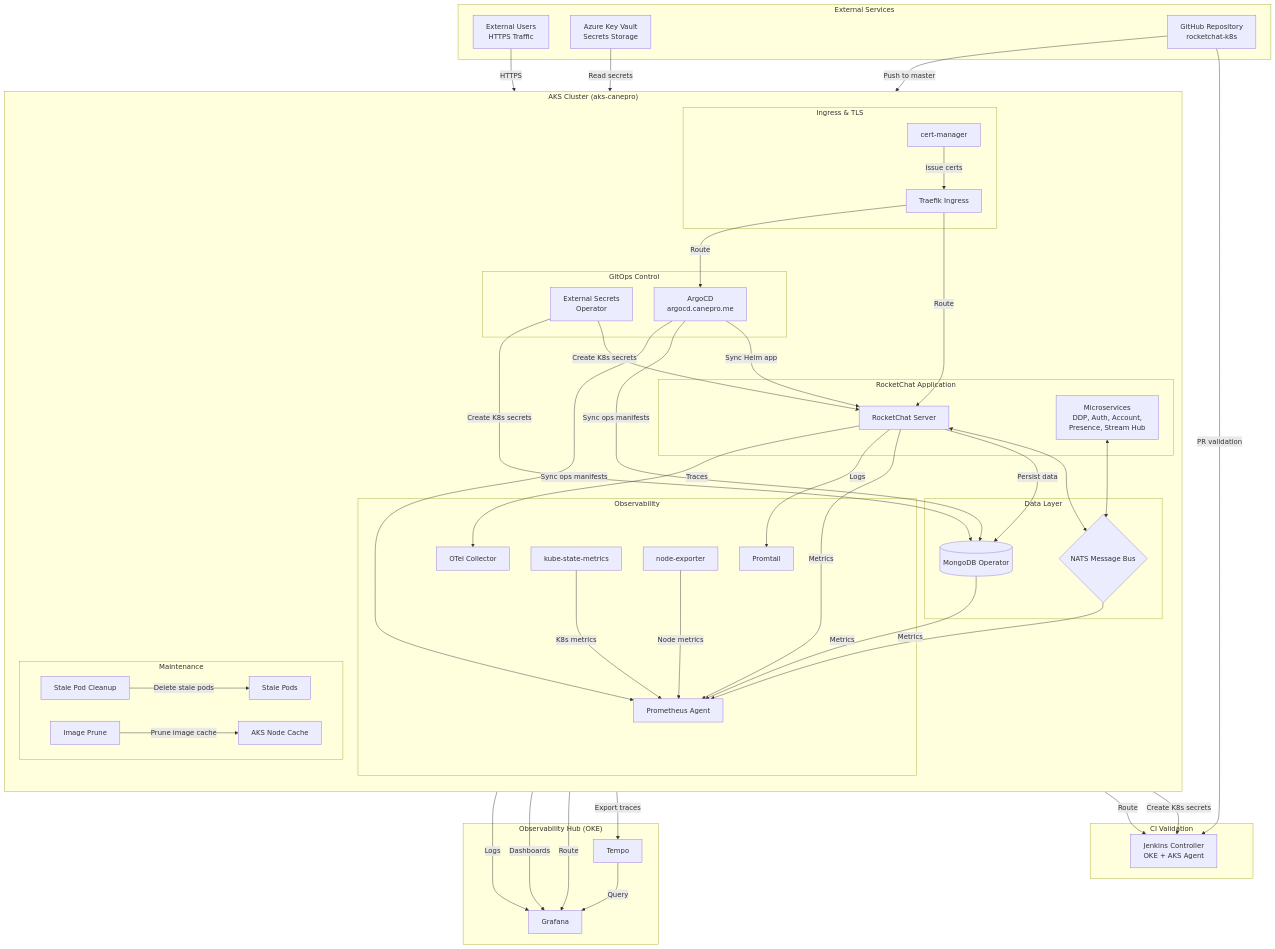
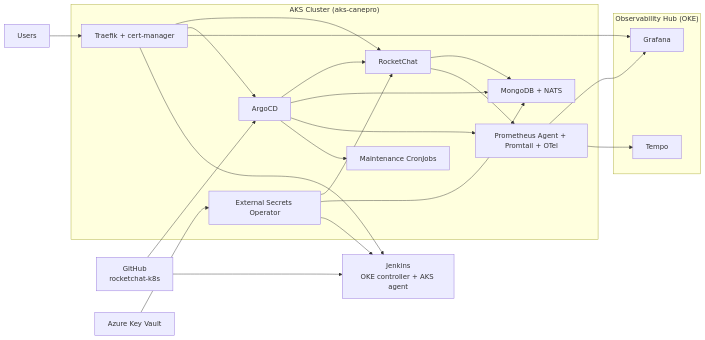
The first of 3 diagrams in README.md (Canepro/rocketchat-k8s), drawn with Mermaid before and after one commit. The commit also changed 1 other file, not shown here.

Commit message:
Fix README architecture diagram rendering

````diff
--- a/README.md
+++ b/README.md
@@ -31,94 +31,42 @@
 ```mermaid
-flowchart TB
-  subgraph External["External Services"]
-    GitHub[GitHub Repository\nrocketchat-k8s]
-    AzureKV[Azure Key Vault\nSecrets Storage]
-    Users[External Users\nHTTPS Traffic]
+flowchart LR
+  GitHub[GitHub<br/>rocketchat-k8s]
+  AzureKV[Azure Key Vault]
+  Users[Users]
+  Jenkins[Jenkins<br/>OKE controller + AKS agent]
+
+  subgraph AKS["AKS Cluster (aks-canepro)"]
+    ArgoCD[ArgoCD]
+    ESO[External Secrets Operator]
+    Edge[Traefik + cert-manager]
+    RC[RocketChat]
+    Data[MongoDB + NATS]
+    Obs[Prometheus Agent + Promtail + OTel]
+    Maint[Maintenance CronJobs]
   end
 
-  subgraph CI["CI Validation"]
-    Jenkins[Jenkins Controller\nOKE + AKS Agent]
-  end
-
-  subgraph AKS["AKS Cluster (aks-canepro)"]
-    direction TB
-
-    subgraph GitOps["GitOps Control"]
-      ArgoCD[ArgoCD\nargocd.canepro.me]
-      ESO[External Secrets\nOperator]
-    end
-
-    subgraph Edge["Ingress & TLS"]
-      Traefik[Traefik Ingress]
-      CertMgr[cert-manager]
-    end
-
-    subgraph App["RocketChat Application"]
-      RC[RocketChat Server]
-      RCMicro[Microservices\nDDP, Auth, Account,\nPresence, Stream Hub]
-    end
-
-    subgraph Data["Data Layer"]
-      MDB[(MongoDB Operator)]
-      NATS{NATS Message Bus}
-    end
-
-    subgraph Obs["Observability"]
-      Prometheus[Prometheus Agent]
-      Promtail[Promtail]
-      OTel[OTel Collector]
-      KSM[kube-state-metrics]
-      NodeExp[node-exporter]
-    end
-
-    subgraph Maint["Maintenance"]
-      CronStale[Stale Pod Cleanup]
-      CronImage[Image Prune]
-      AKSPods[Stale Pods]
-      AKSNodes[AKS Node Cache]
-    end
-  end
-
-  subgraph OKE["Observability Hub (OKE)"]
+  subgraph Hub["Observability Hub (OKE)"]
     Grafana[Grafana]
     Tempo[Tempo]
   end
 
-  GitHub -->|Push to master| ArgoCD
-  GitHub -->|PR validation| Jenkins
-
-  AzureKV -->|Read secrets| ESO
-  ESO -->|Create K8s secrets| RC
-  ESO -->|Create K8s secrets| MDB
-  ESO -->|Create K8s secrets| Jenkins
-
-  Users -->|HTTPS| Traefik
-  Traefik -->|Route| RC
-  Traefik -->|Route| ArgoCD
-  Traefik -->|Route| Grafana
-  Traefik -->|Route| Jenkins
-  CertMgr -->|Issue certs| Traefik
-
-  ArgoCD -->|Sync Helm app| RC
-  ArgoCD -->|Sync ops manifests| MDB
-  ArgoCD -->|Sync ops manifests| Prometheus
-
-  RC <--> NATS
-  RCMicro <--> NATS
-  RC -->|Persist data| MDB
-
-  RC -->|Metrics| Prometheus
-  RC -->|Logs| Promtail
-  RC -->|Traces| OTel
-  NATS -->|Metrics| Prometheus
-  MDB -->|Metrics| Prometheus
-  KSM -->|K8s metrics| Prometheus
-  NodeExp -->|Node metrics| Prometheus
-  Prometheus -->|Dashboards| Grafana
-  Promtail -->|Logs| Grafana
-  OTel -->|Export traces| Tempo
-  Tempo -->|Query| Grafana
-
-  CronStale -->|Delete stale pods| AKSPods
-  CronImage -->|Prune image cache| AKSNodes
+  GitHub --> ArgoCD
+  GitHub --> Jenkins
+  AzureKV --> ESO
+  ESO --> RC
+  ESO --> Data
+  ESO --> Jenkins
+  Users --> Edge
+  Edge --> RC
+  Edge --> ArgoCD
+  Edge --> Grafana
+  Edge --> Jenkins
+  ArgoCD --> RC
+  ArgoCD --> Data
+  ArgoCD --> Obs
+  ArgoCD --> Maint
+  RC --> Data
+  RC --> Obs
+  Obs --> Grafana
+  Obs --> Tempo
 ```
````
